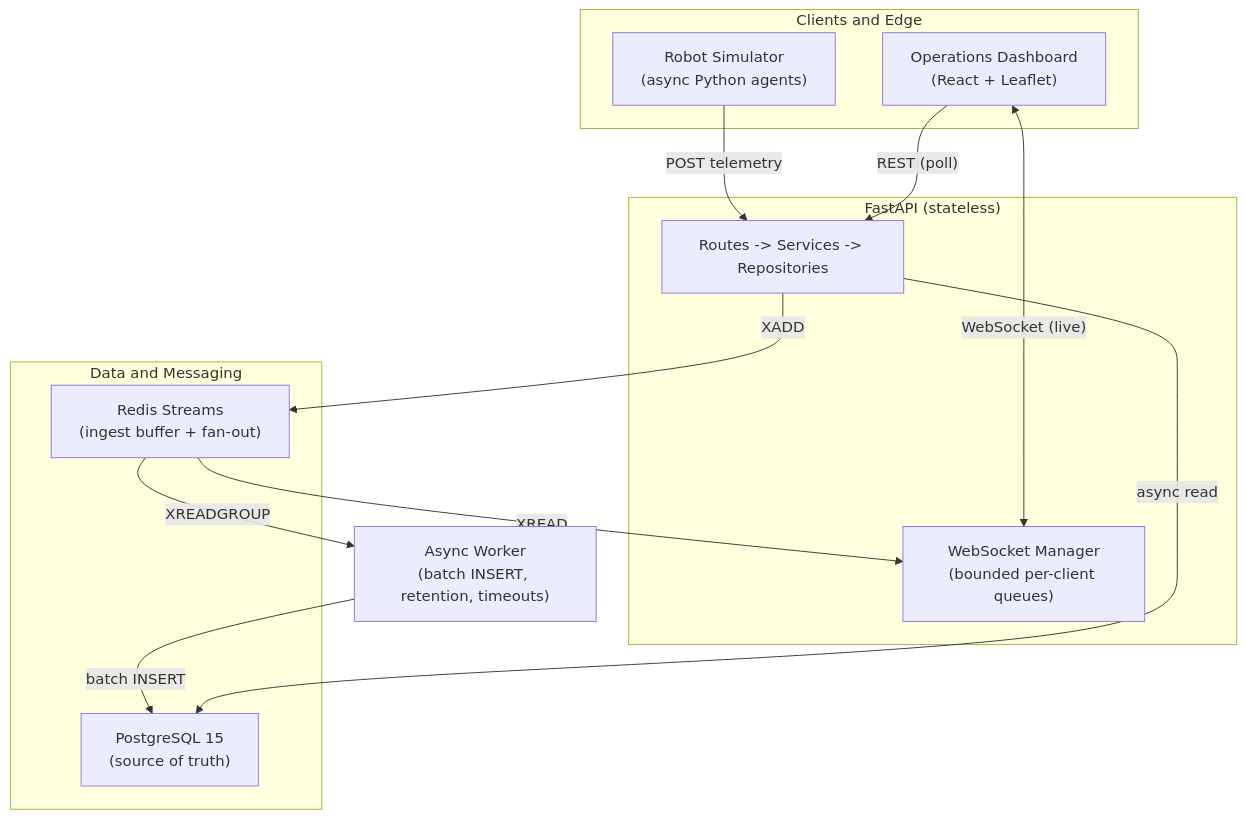
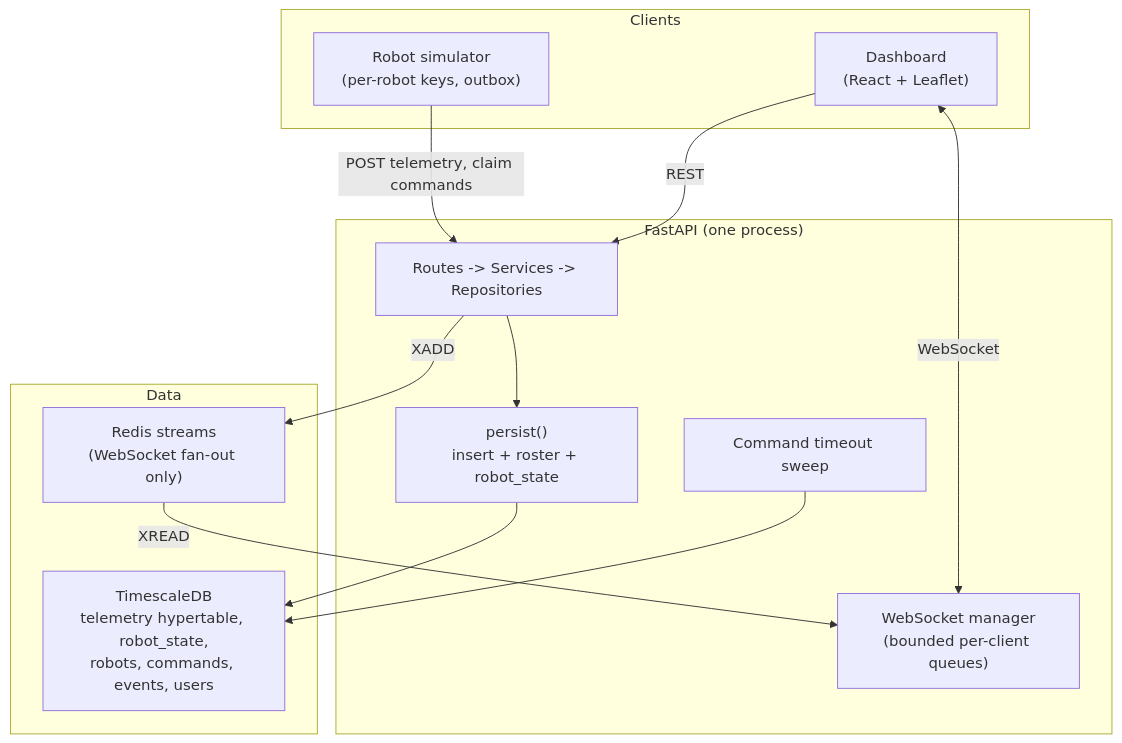
One commit to colin-110/robot-fleet-platform changed the diagram in docs/architecture.md. Above: the diagram before and after it, drawn with Mermaid. The commit also changed other lines of this file and 55 other files, not shown here.

First line of the commit message:
Ingest telemetry through one idempotent path into TimescaleDB, with per-robot device keys

````diff
--- a/docs/architecture.md
+++ b/docs/architecture.md
@@ -7,28 +10,26 @@
 ```mermaid
 graph TB
-  subgraph Clients["Clients and Edge"]
-    SIM["Robot Simulator<br/>(async Python agents)"]
-    DASH["Operations Dashboard<br/>(React + Leaflet)"]
+  subgraph Clients["Clients"]
+    SIM["Robot simulator<br/>(per-robot keys, outbox)"]
+    DASH["Dashboard<br/>(React + Leaflet)"]
   end
 
-  subgraph API["FastAPI (stateless)"]
+  subgraph API["FastAPI (one process)"]
     ROUTES["Routes -> Services -> Repositories"]
-    WS["WebSocket Manager<br/>(bounded per-client queues)"]
+    PERSIST["persist()<br/>insert + roster + robot_state"]
+    WS["WebSocket manager<br/>(bounded per-client queues)"]
+    TIMEOUTS["Command timeout sweep"]
   end
 
-  subgraph Data["Data and Messaging"]
-    REDIS["Redis Streams<br/>(ingest buffer + fan-out)"]
-    PG["PostgreSQL 15<br/>(source of truth)"]
+  subgraph Data["Data"]
+    PG["TimescaleDB<br/>telemetry hypertable, robot_state,<br/>robots, commands, events, users"]
+    REDIS["Redis streams<br/>(WebSocket fan-out only)"]
   end
 
-  WORKER["Async Worker<br/>(batch INSERT, retention, timeouts)"]
-
-  SIM -->|"POST telemetry"| ROUTES
-  DASH -->|"REST (poll)"| ROUTES
-  DASH <-->|"WebSocket (live)"| WS
-  ROUTES -->|"XADD"| REDIS
-  REDIS -->|"XREADGROUP"| WORKER
-  REDIS -->|"XREAD"| WS
-  WORKER -->|"batch INSERT"| PG
-  ROUTES -->|"async read"| PG
+  SIM -->|"POST telemetry, claim commands"| ROUTES
+  ROUTES --> PERSIST --> PG
+  ROUTES -->|"XADD"| REDIS -->|"XREAD"| WS
+  DASH <-->|"WebSocket"| WS
+  DASH -->|"REST"| ROUTES
+  TIMEOUTS --> PG
 ```
````
